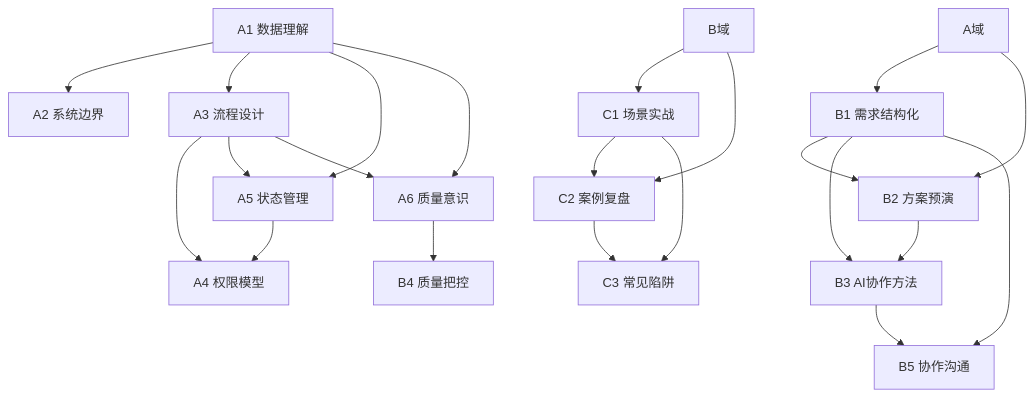
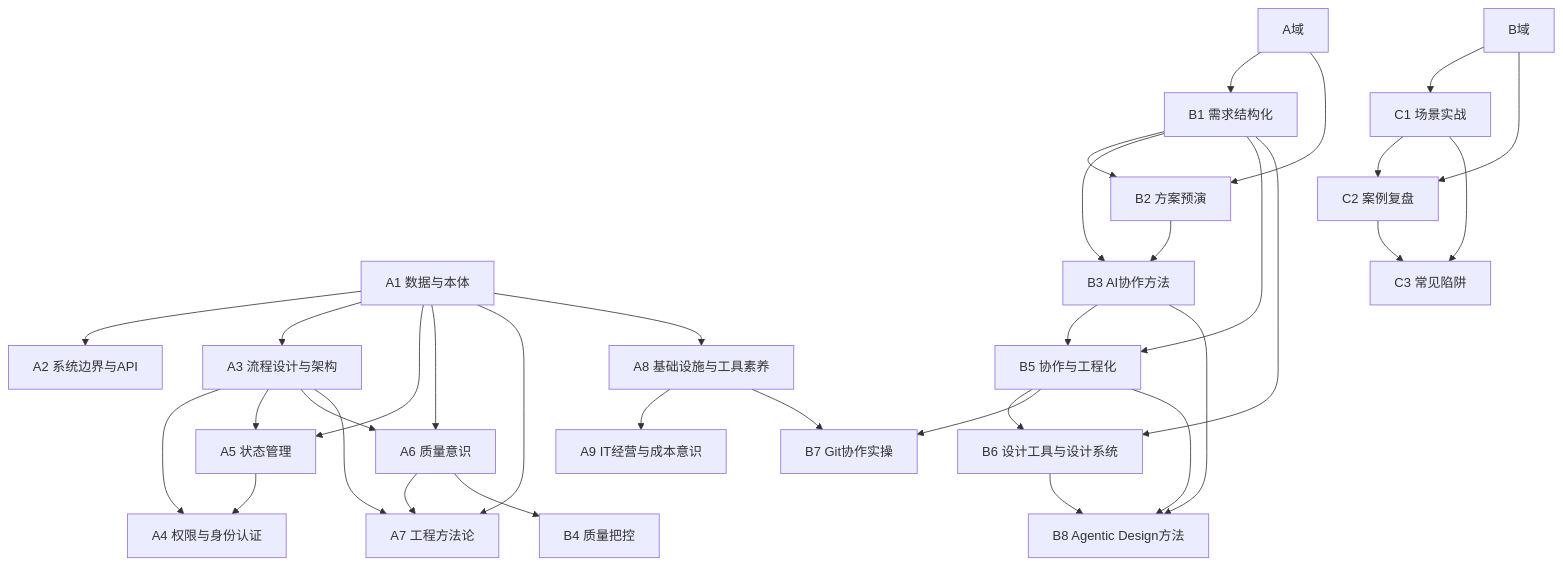
Before and after one commit to momolibrary/agentic-pm-brochure: the diagram in docs/知识点地图.md, drawn with Mermaid. The commit also changed other lines of this file, not shown here.

````diff
--- a/docs/知识点地图.md
+++ b/docs/知识点地图.md
@@ -285,31 +555,44 @@
 ```mermaid
 graph TD
     %% 认知域
-    A1[A1 数据理解] --> A2[A2 系统边界]
-    A1 --> A3[A3 流程设计]
+    A1[A1 数据与本体] --> A2[A2 系统边界与API]
+    A1 --> A3[A3 流程设计与架构]
     A1 --> A5[A5 状态管理]
-    A3 --> A4[A4 权限模型]
+    A3 --> A4[A4 权限与身份认证]
     A3 --> A5
     A5 --> A4
     A1 --> A6[A6 质量意识]
     A3 --> A6
+    A1 --> A7[A7 工程方法论]
+    A3 --> A7
+    A6 --> A7
+    A8[A8 基础设施与工具素养]
+    A8 --> A9[A9 IT经营与成本意识]
+    A1 --> A8
 
     %% 认知域 → 方法域
     A域 --> B1[B1 需求结构化]
     A域 --> B2[B2 方案预演]
     A6 --> B4[B4 质量把控]
 
     %% 方法域内部
     B1 --> B2
     B1 --> B3[B3 AI协作方法]
     B2 --> B3
-    B1 --> B5[B5 协作沟通]
+    B1 --> B5[B5 协作与工程化]
     B3 --> B5
+    B1 --> B6[B6 设计工具与设计系统]
+    B5 --> B6
+    A8 --> B7[B7 Git协作实操]
+    B5 --> B7
+    B5 --> B8[B8 Agentic Design方法]
+    B3 --> B8
+    B6 --> B8
 
     %% 方法域 → 实践域
     B域 --> C1[C1 场景实战]
     B域 --> C2[C2 案例复盘]
     C1 --> C2
     C1 --> C3[C3 常见陷阱]
     C2 --> C3
 ```
````
